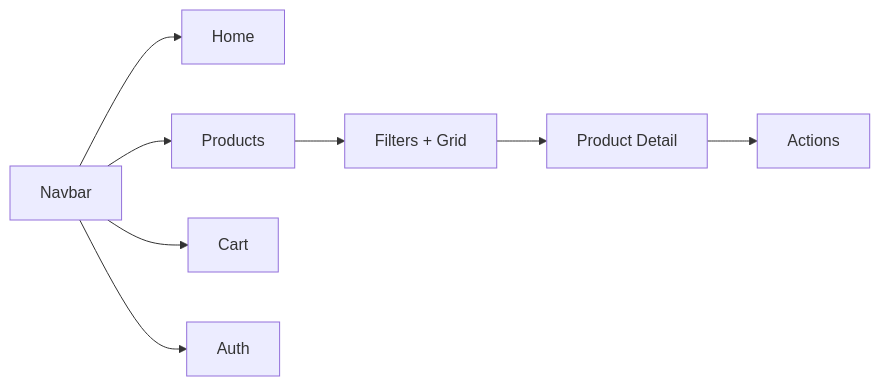
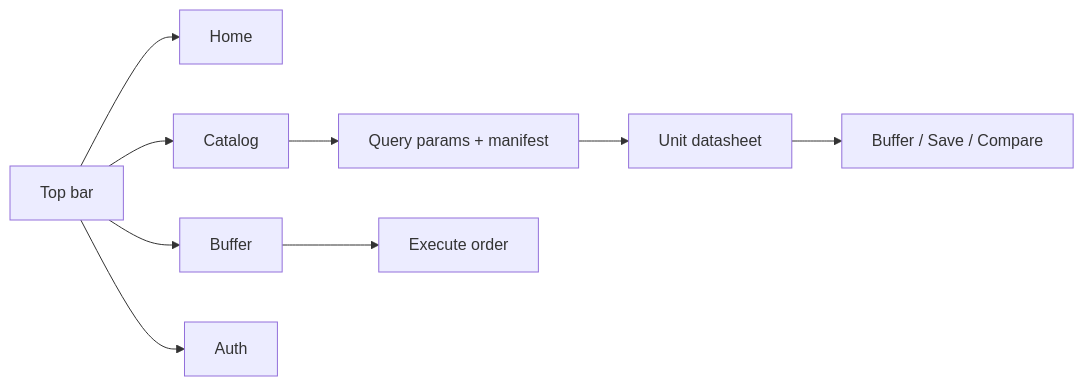
Before and after one commit to charanp2006/Electronics-Catalog: the diagram in docs/05-ui-ux-design.md, drawn with Mermaid. The commit also changed other lines of this file and 98 other files, not shown here.

First line of the commit message:
feat: add product catalog, user registration, and wishlist functionality

````diff
--- a/docs/05-ui-ux-design.md
+++ b/docs/05-ui-ux-design.md
@@ -29,10 +48,11 @@
 ```mermaid
 flowchart LR
-    A[Navbar] --> B[Home]
-    A --> C[Products]
-    A --> D[Cart]
+    A[Top bar] --> B[Home]
+    A --> C[Catalog]
+    A --> D[Buffer]
     A --> E[Auth]
-    C --> F[Filters + Grid]
-    F --> G[Product Detail]
-    G --> H[Actions]
+    C --> F[Query params + manifest]
+    F --> G[Unit datasheet]
+    G --> H[Buffer / Save / Compare]
+    D --> I[Execute order]
 ```
````
